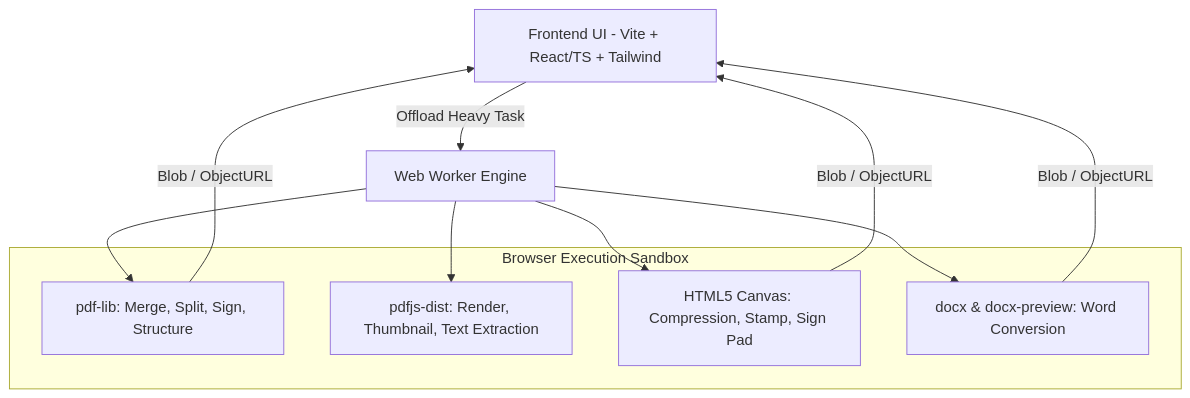
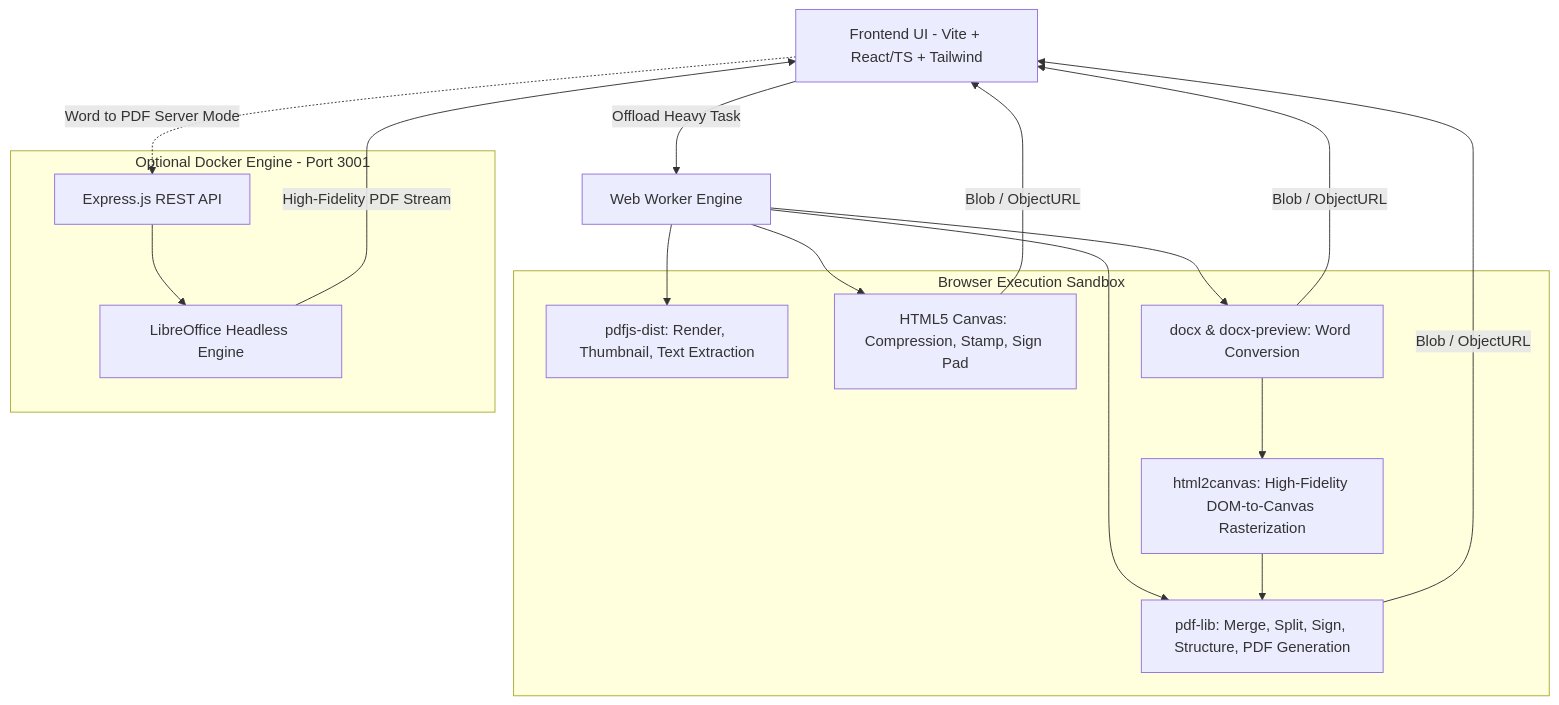
One commit to Andrianto15/andesa-pdf-utility changed the diagram in docs/PRD.md. Above: the diagram before and after it, drawn with Mermaid. The commit also changed other lines of this file and 11 other files, not shown here.

Commit message:
feat: add LibreOffice-powered backend microservice and client fallback for Word to PDF conversion

````diff
--- a/docs/PRD.md
+++ b/docs/PRD.md
@@ -143,22 +145,34 @@
 ```mermaid
 graph TD
     UI[Frontend UI - Vite + React/TS + Tailwind]
     WW[Web Worker Engine]
 
     subgraph Client Memory [Browser Execution Sandbox]
-        PDFLIB[pdf-lib: Merge, Split, Sign, Structure]
+        PDFLIB[pdf-lib: Merge, Split, Sign, Structure, PDF Generation]
         PDFJS[pdfjs-dist: Render, Thumbnail, Text Extraction]
         CANVAS[HTML5 Canvas: Compression, Stamp, Sign Pad]
         DOCXTOOL[docx & docx-preview: Word Conversion]
+        H2C[html2canvas: High-Fidelity DOM-to-Canvas Rasterization]
+    end
+
+    subgraph Backend Microservice [Optional Docker Engine - Port 3001]
+        EXPRESS[Express.js REST API]
+        SOFFICE[LibreOffice Headless Engine]
     end
 
     UI -->|Offload Heavy Task| WW
     WW --> PDFLIB
     WW --> PDFJS
     WW --> CANVAS
     WW --> DOCXTOOL
+    DOCXTOOL --> H2C
+    H2C --> PDFLIB
+
+    UI -.->|Word to PDF Server Mode| EXPRESS
+    EXPRESS --> SOFFICE
+    SOFFICE -->|High-Fidelity PDF Stream| UI
 
     PDFLIB -->|Blob / ObjectURL| UI
     CANVAS -->|Blob / ObjectURL| UI
     DOCXTOOL -->|Blob / ObjectURL| UI
 ```
````
